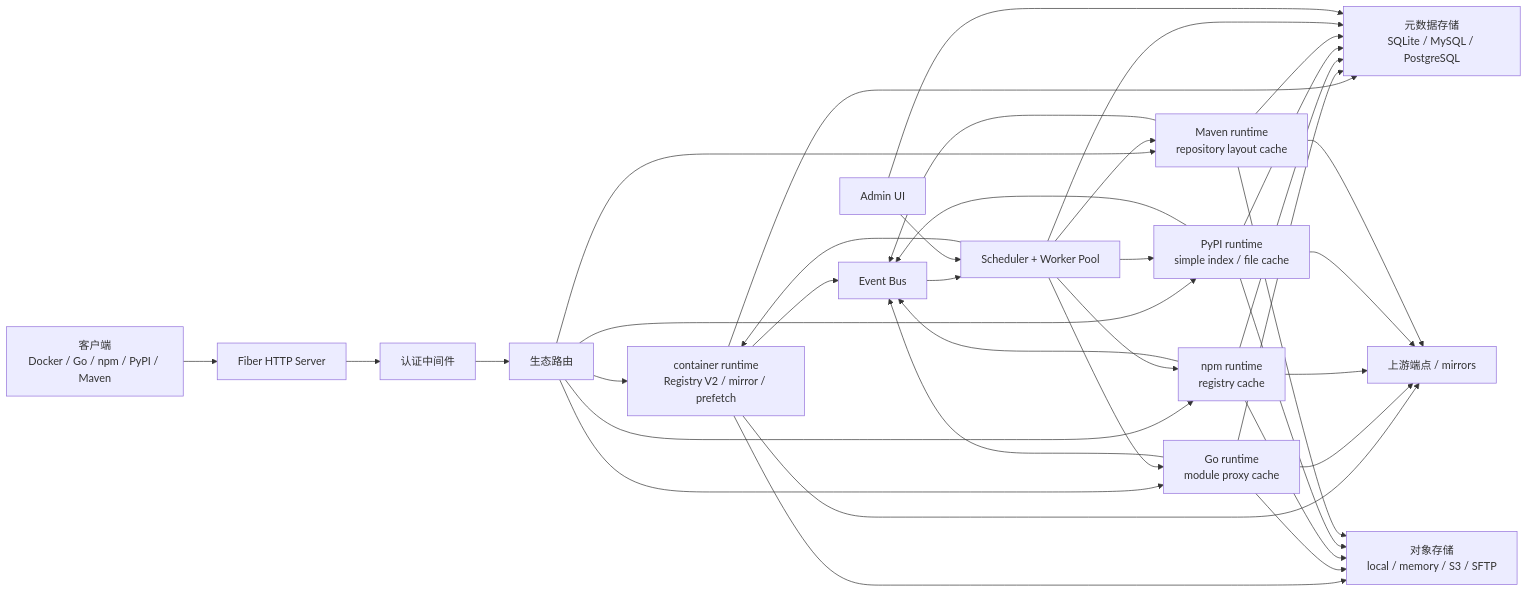
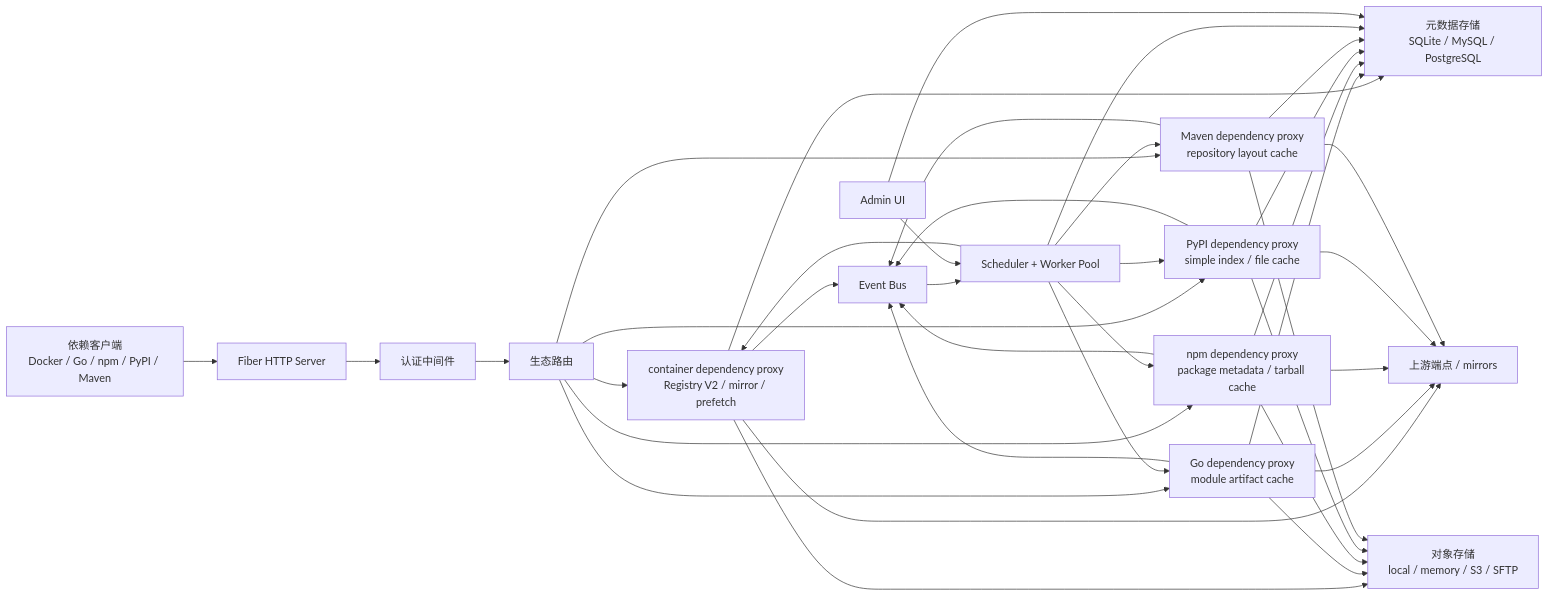
One commit to lyonbrown4d/regimux changed the first of 4 diagrams in docs/zh/design.md. Above: the diagram before and after it, drawn with Mermaid. The commit also changed other lines of this file and 36 other files, not shown here.

Commit message:
ensure container pulls populate blob cache

````diff
--- a/docs/zh/design.md
+++ b/docs/zh/design.md
@@ -13,44 +15,44 @@
 ```mermaid
 flowchart LR
-  client["客户端<br/>Docker / Go / npm / PyPI / Maven"] --> api["Fiber HTTP Server"]
+  client["依赖客户端<br/>Docker / Go / npm / PyPI / Maven"] --> api["Fiber HTTP Server"]
   api --> auth["认证中间件"]
   auth --> routes["生态路由"]
-  routes --> container["container runtime<br/>Registry V2 / mirror / prefetch"]
-  routes --> golang["Go runtime<br/>module proxy cache"]
-  routes --> npm["npm runtime<br/>registry cache"]
-  routes --> pypi["PyPI runtime<br/>simple index / file cache"]
-  routes --> maven["Maven runtime<br/>repository layout cache"]
+  routes --> container["container dependency proxy<br/>Registry V2 / mirror / prefetch"]
+  routes --> golang["Go dependency proxy<br/>module artifact cache"]
+  routes --> npm["npm dependency proxy<br/>package metadata / tarball cache"]
+  routes --> pypi["PyPI dependency proxy<br/>simple index / file cache"]
+  routes --> maven["Maven dependency proxy<br/>repository layout cache"]
 
   container --> upstreams["上游端点 / mirrors"]
   golang --> upstreams
   npm --> upstreams
   pypi --> upstreams
   maven --> upstreams
 
   container --> meta["元数据存储<br/>SQLite / MySQL / PostgreSQL"]
   golang --> meta
   npm --> meta
   pypi --> meta
   maven --> meta
 
   container --> objects["对象存储<br/>local / memory / S3 / SFTP"]
   golang --> objects
   npm --> objects
   pypi --> objects
   maven --> objects
 
   scheduler["Scheduler + Worker Pool"] --> container
   scheduler --> golang
   scheduler --> npm
   scheduler --> pypi
   scheduler --> maven
   events["Event Bus"] --> scheduler
   container --> events
   golang --> events
   npm --> events
   pypi --> events
   maven --> events
   scheduler --> meta
   admin["Admin UI"] --> scheduler
   admin --> meta
 ```
````
